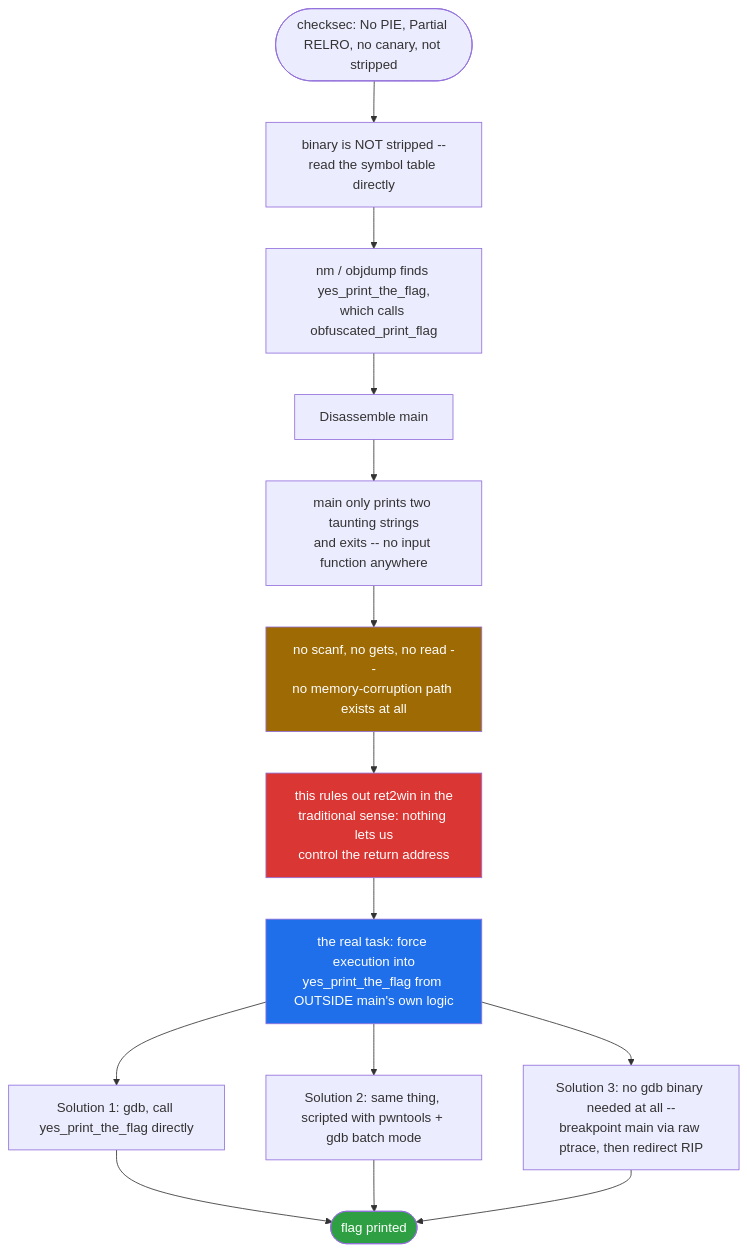
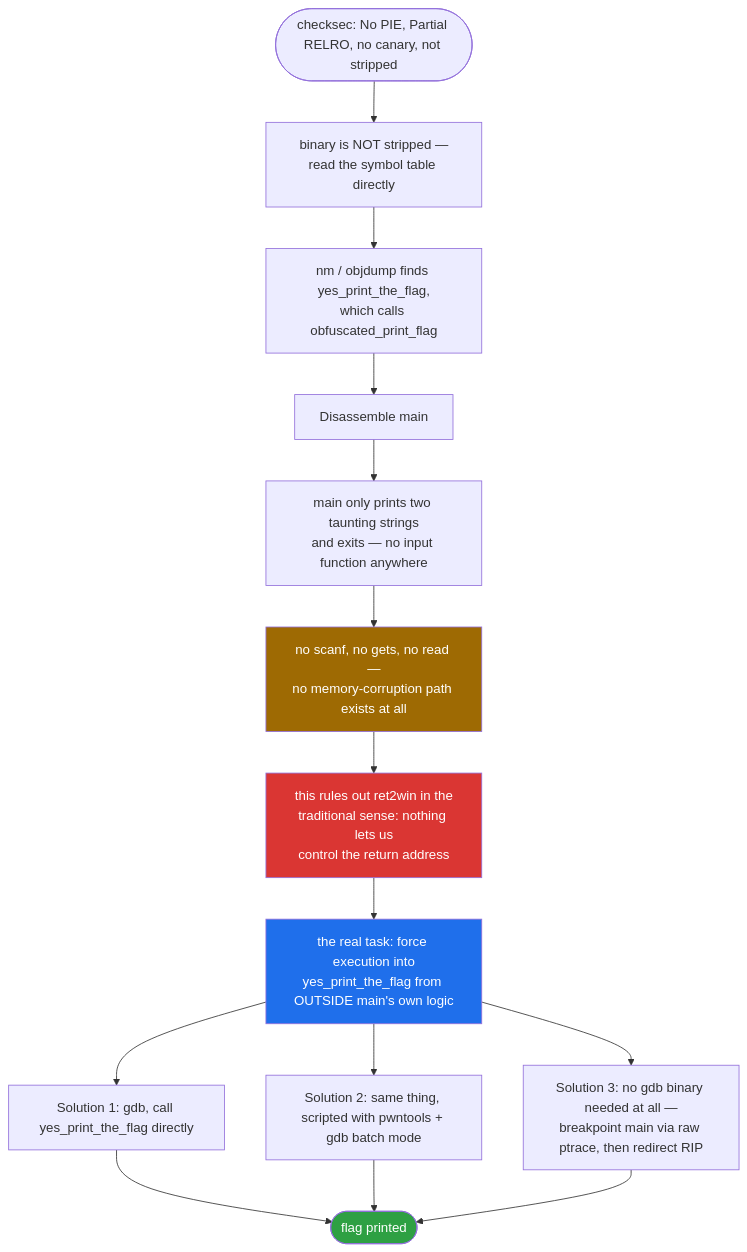
Before and after one commit to Gantosay/CTF-Writeups: the first of 9 diagrams in Spbctf/PWN/[интро]-Intro/Call/README.md, drawn with Mermaid.

````diff
--- a/Spbctf/PWN/[интро]-Intro/Call/README.md
+++ b/Spbctf/PWN/[интро]-Intro/Call/README.md
@@ -57,21 +57,22 @@
 ```mermaid
 flowchart TD
-    A([checksec: No PIE, Partial RELRO, no canary, not stripped]) --> B["binary is NOT stripped --\nread the symbol table directly"]
-    B --> C["nm / objdump finds yes_print_the_flag,\nwhich calls obfuscated_print_flag"]
+    A([checksec: No PIE, Partial RELRO, no canary, not stripped]) --> B["binary is NOT stripped —<br>read the symbol table directly"]
+    B --> C["nm / objdump finds yes_print_the_flag,<br>which calls obfuscated_print_flag"]
     C --> D[Disassemble main]
-    D --> E["main only prints two taunting strings\nand exits -- no input function anywhere"]
-    E --> F["no scanf, no gets, no read --\nno memory-corruption path exists at all"]
-    F --> G["this rules out ret2win in the\ntraditional sense: nothing lets us\ncontrol the return address"]
-    G --> H["the real task: force execution into\nyes_print_the_flag from OUTSIDE main's own logic"]
+    D --> E["main only prints two taunting strings<br>and exits — no input function anywhere"]
+    E --> F["no scanf, no gets, no read —<br>no memory-corruption path exists at all"]
+    F --> G["this rules out ret2win in the<br>traditional sense: nothing lets us<br>control the return address"]
+    G --> H["the real task: force execution into<br>yes_print_the_flag from OUTSIDE main's own logic"]
     H --> I["Solution 1: gdb, call yes_print_the_flag directly"]
     H --> J["Solution 2: same thing, scripted with pwntools + gdb batch mode"]
-    H --> K["Solution 3: no gdb binary needed at all --\nbreakpoint main via raw ptrace, then redirect RIP"]
+    H --> K["Solution 3: no gdb binary needed at all —<br>breakpoint main via raw ptrace, then redirect RIP"]
     I --> L([flag printed])
     J --> L
     K --> L
 
     style F fill:#9e6a03,color:#fff
     style G fill:#da3633,color:#fff
     style H fill:#1f6feb,color:#fff
     style L fill:#2ea043,color:#fff
+
 ```
````
